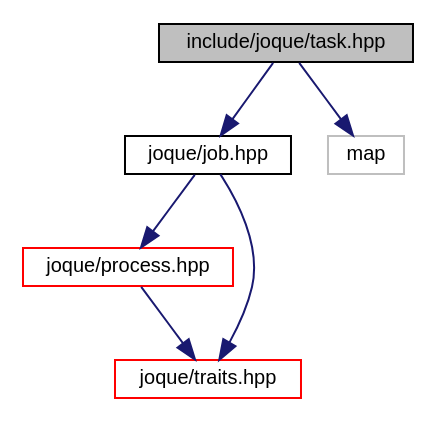
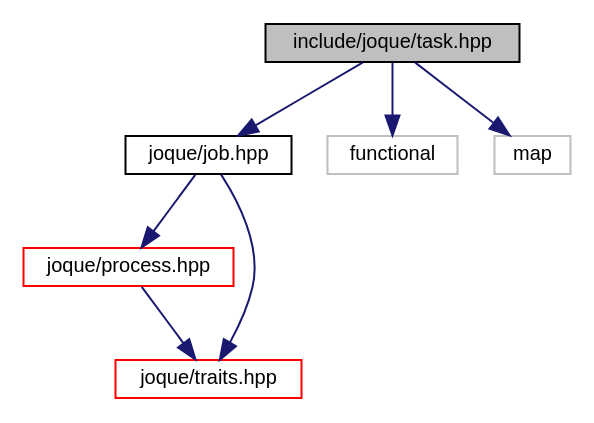
One commit to koniarik/joque changed the diagram in task_8hpp__incl.dot. Above: the diagram before and after it, drawn with Graphviz. The commit also changed 99 other files, not shown here.

```diff
--- a/task_8hpp__incl.dot
+++ b/task_8hpp__incl.dot
@@ -1,16 +1,18 @@
 digraph "include/joque/task.hpp"
 {
  // LATEX_PDF_SIZE
   edge [fontname="Helvetica",fontsize="10",labelfontname="Helvetica",labelfontsize="10"];
   node [fontname="Helvetica",fontsize="10",shape=record];
   Node1 [label="include/joque/task.hpp",height=0.2,width=0.4,color="black", fillcolor="grey75", style="filled", fontcolor="black",tooltip=" "];
   Node1 -> Node2 [color="midnightblue",fontsize="10",style="solid",fontname="Helvetica"];
   Node2 [label="joque/job.hpp",height=0.2,width=0.4,color="black", fillcolor="white", style="filled",URL="$job_8hpp.html",tooltip=" "];
   Node2 -> Node3 [color="midnightblue",fontsize="10",style="solid",fontname="Helvetica"];
   Node3 [label="joque/process.hpp",height=0.2,width=0.4,color="red", fillcolor="white", style="filled",URL="$process_8hpp.html",tooltip=" "];
   Node3 -> Node6 [color="midnightblue",fontsize="10",style="solid",fontname="Helvetica"];
   Node6 [label="joque/traits.hpp",height=0.2,width=0.4,color="red", fillcolor="white", style="filled",URL="$traits_8hpp.html",tooltip=" "];
   Node2 -> Node6 [color="midnightblue",fontsize="10",style="solid",fontname="Helvetica"];
   Node1 -> Node10 [color="midnightblue",fontsize="10",style="solid",fontname="Helvetica"];
-  Node10 [label="map",height=0.2,width=0.4,color="grey75", fillcolor="white", style="filled",tooltip=" "];
+  Node10 [label="functional",height=0.2,width=0.4,color="grey75", fillcolor="white", style="filled",tooltip=" "];
+  Node1 -> Node11 [color="midnightblue",fontsize="10",style="solid",fontname="Helvetica"];
+  Node11 [label="map",height=0.2,width=0.4,color="grey75", fillcolor="white", style="filled",tooltip=" "];
 }
```
